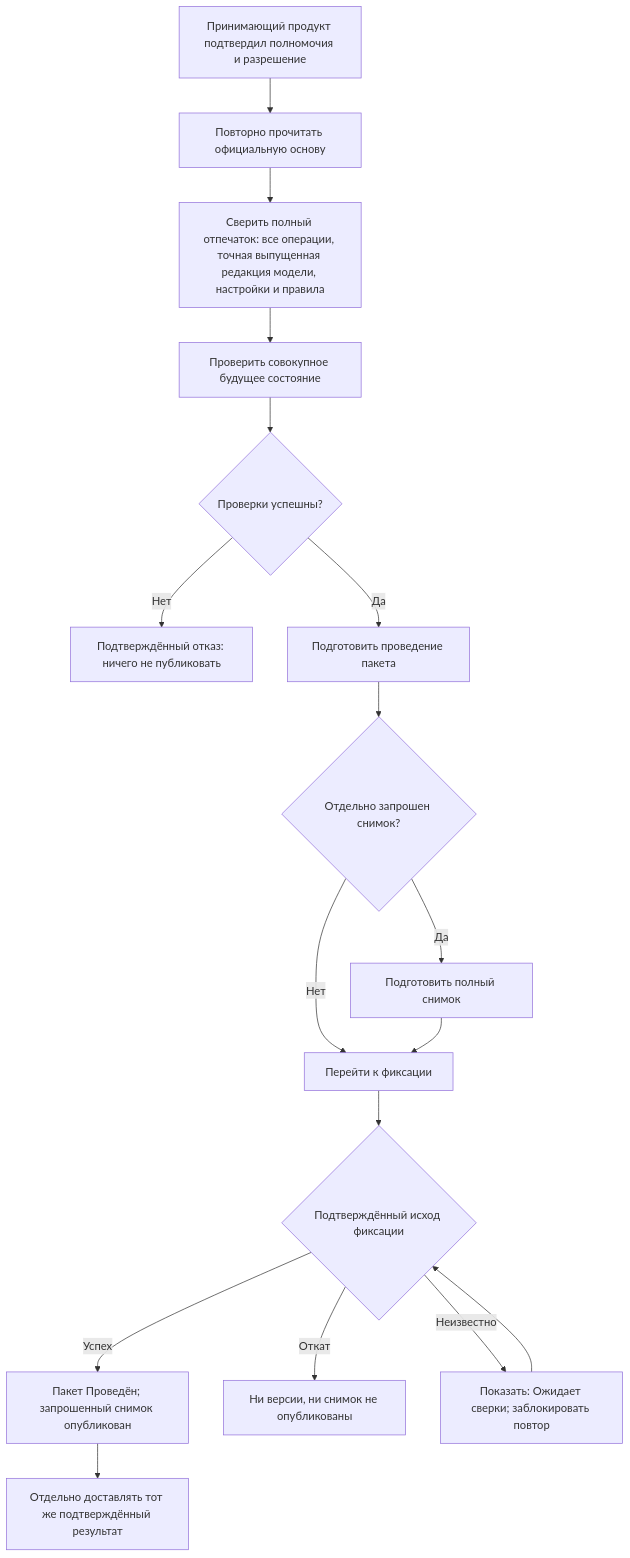
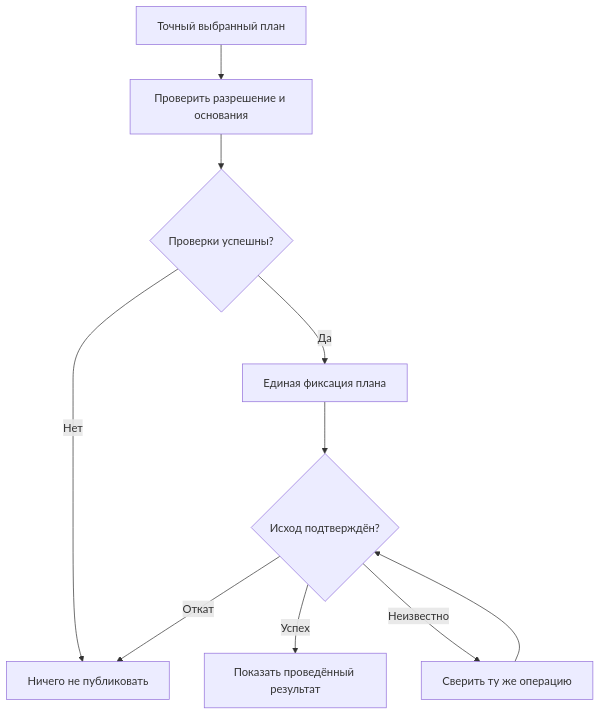
One commit to ZelAnton/Interlink-product-book changed the first of 2 diagrams in wiki/Change-package-commit.md. Above: the diagram before and after it, drawn with Mermaid. The commit also changed other lines of this file and 231 other files, not shown here.

````diff
--- a/wiki/Change-package-commit.md
+++ b/wiki/Change-package-commit.md
@@ -11,19 +15,12 @@
 ```mermaid
 flowchart TD
-    A["Принимающий продукт подтвердил полномочия и разрешение"] --> B["Повторно прочитать официальную основу"]
-    B --> C["Сверить полный отпечаток: все операции, точная выпущенная редакция модели, настройки и правила"]
-    C --> D["Проверить совокупное будущее состояние"]
-    D --> E{"Проверки успешны?"}
-    E -->|"Нет"| F["Подтверждённый отказ: ничего не публиковать"]
-    E -->|"Да"| G["Подготовить проведение пакета"]
-    G --> H{"Отдельно запрошен снимок?"}
-    H -->|"Да"| I["Подготовить полный снимок"]
-    H -->|"Нет"| J["Перейти к фиксации"]
-    I --> J
-    J --> K{"Подтверждённый исход фиксации"}
-    K -->|"Успех"| L["Пакет Проведён; запрошенный снимок опубликован"]
-    K -->|"Откат"| M["Ни версии, ни снимок не опубликованы"]
-    K -->|"Неизвестно"| N["Показать: Ожидает сверки; заблокировать повтор"]
-    N --> K
-    L --> O["Отдельно доставлять тот же подтверждённый результат"]
+    A["Точный выбранный план"] --> B["Проверить разрешение и основания"]
+    B --> C{"Проверки успешны?"}
+    C -->|"Нет"| D["Ничего не публиковать"]
+    C -->|"Да"| E["Единая фиксация плана"]
+    E --> F{"Исход подтверждён?"}
+    F -->|"Успех"| G["Показать проведённый результат"]
+    F -->|"Откат"| D
+    F -->|"Неизвестно"| H["Сверить ту же операцию"]
+    H --> F
 ```
````
